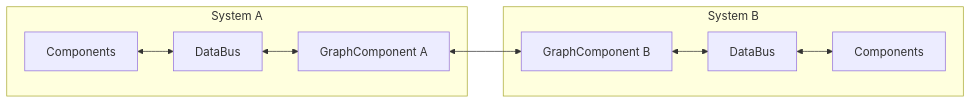
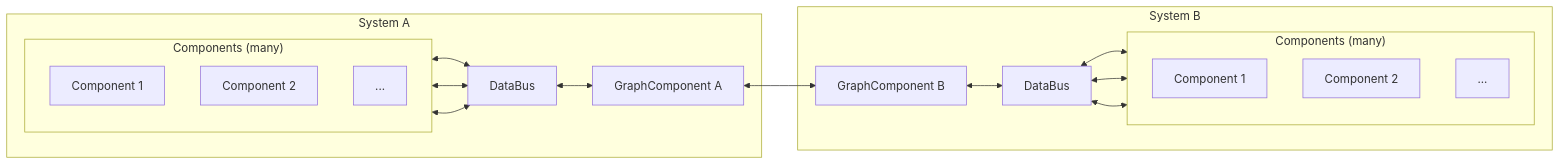
Before and after one commit to RubenBorges/BusSystem: the diagram in README.md, drawn with Mermaid.

Commit message:
Update Graph and Readme

````diff
--- a/README.md
+++ b/README.md
@@ -133,14 +133,30 @@
 ```mermaid
 flowchart LR
   subgraph A["System A"]
-    ComponentsA["Components"] <--> BusA["DataBus"]
+    subgraph ComponentsA["Components (many)"]
+      direction TB
+      AComponent1["Component 1"]
+      AComponent2["Component 2"]
+      AComponentsMore["..."]
+    end
+    AComponent1 <--> BusA["DataBus"]
+    AComponent2 <--> BusA
+    AComponentsMore <--> BusA
     BusA <--> BridgeA["GraphComponent A"]
   end
 
   subgraph B["System B"]
     BridgeB["GraphComponent B"] <--> BusB["DataBus"]
-    BusB <--> ComponentsB["Components"]
+    subgraph ComponentsB["Components (many)"]
+      direction TB
+      BComponent1["Component 1"]
+      BComponent2["Component 2"]
+      BComponentsMore["..."]
+    end
+    BusB <--> BComponent1
+    BusB <--> BComponent2
+    BusB <--> BComponentsMore
   end
 
   BridgeA <--> BridgeB
 ```
````
